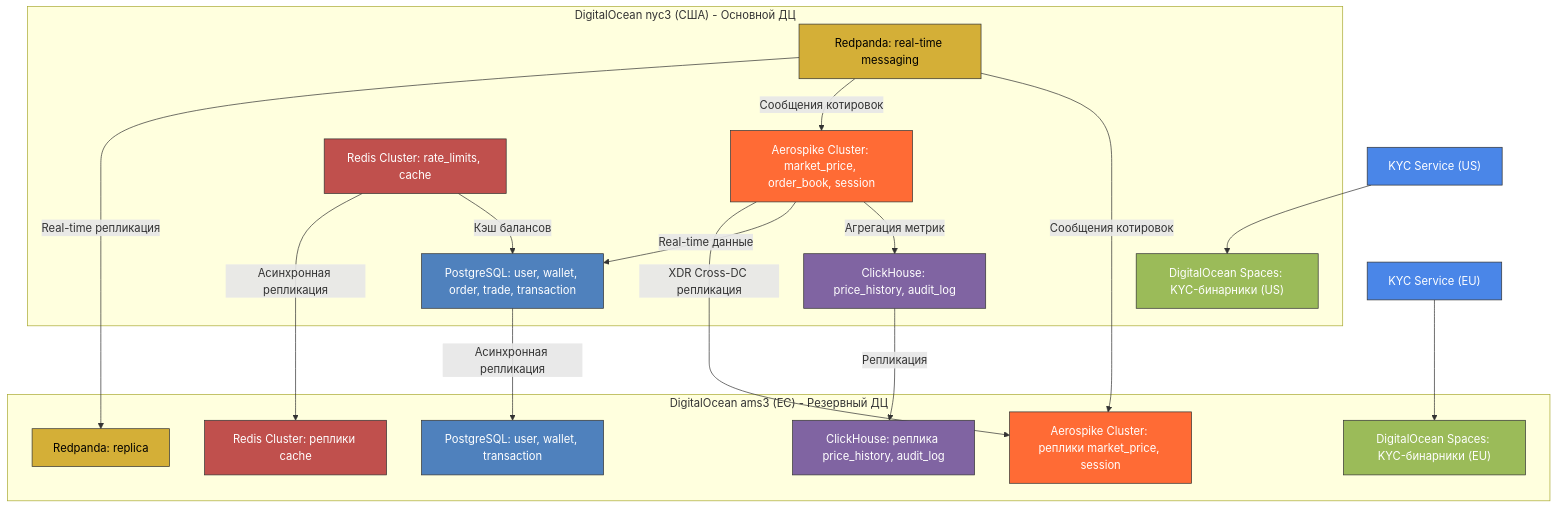
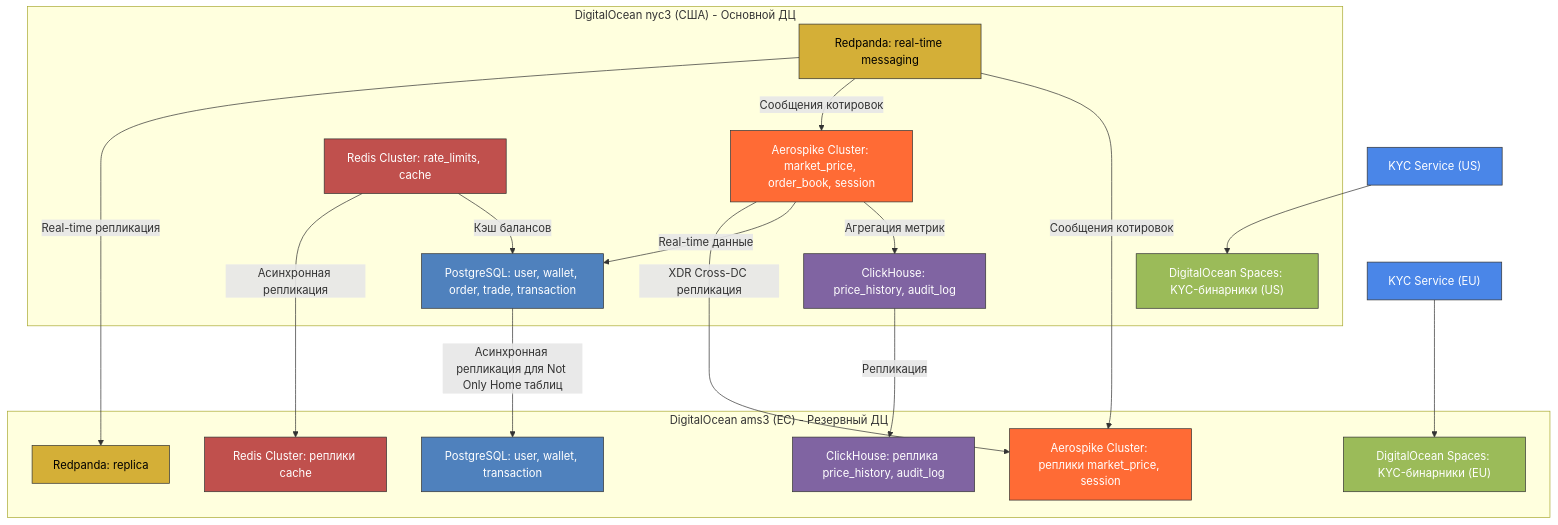
The diagram in README.md (IfroloffI/highload-vk-edu-3-term), drawn with Mermaid before and after one commit.

````diff
--- a/README.md
+++ b/README.md
@@ -398,55 +398,55 @@
 ```mermaid
 %% Физическая архитектура БД
 flowchart TD
     subgraph nyc3["DigitalOcean nyc3 (США) - Основной ДЦ"]
         A["PostgreSQL: user, wallet, order, trade, transaction"]
         B["ClickHouse: price_history, audit_log"]
         C["Aerospike Cluster: market_price, order_book, session"]
         D["DigitalOcean Spaces: KYC-бинарники (US)"]
         F["Redis Cluster: rate_limits, cache"]
         R["Redpanda: real-time messaging"]
     end
 
     subgraph ams3["DigitalOcean ams3 (ЕС) - Резервный ДЦ"]
         G["PostgreSQL: user, wallet, transaction"]
         H["ClickHouse: реплика price_history, audit_log"]
         I["Aerospike Cluster: реплики market_price, session"]
         J["DigitalOcean Spaces: KYC-бинарники (EU)"]
         L["Redis Cluster: реплики cache"]
         R2["Redpanda: replica"]
     end
 
     %% Репликация данных
-    A -->|Асинхронная репликация| G
+    A -->|Асинхронная репликация для Not Only Home таблиц| G
     B -->|Репликация| H
     C -->|XDR Cross-DC репликация| I
     F -->|Асинхронная репликация| L
     R -->|Real-time репликация| R2
     
     %% Внутренние связи
     C -->|Real-time данные| A
     C -->|Агрегация метрик| B
     F -->|Кэш балансов| A
     R -->|Сообщения котировок| C
     R -->|Сообщения котировок| I
 
     %% KYC-данные остаются в Home Region
     KYC_US["KYC Service (US)"] --> D
     KYC_EU["KYC Service (EU)"] --> J
 
     classDef pg fill:#4F81BD,stroke:#333,color:white;
     classDef ch fill:#8064A2,stroke:#333,color:white;
     classDef aerospike fill:#FF6B35,stroke:#333,color:white;
     classDef redis fill:#C0504D,stroke:#333,color:white;
     classDef spaces fill:#9BBB59,stroke:#333,color:white;
     classDef redpanda fill:#D4AF37,stroke:#333,color:black;
     classDef service fill:#4A86E8,stroke:#333,color:white;
 
     class A,G pg
     class B,H ch
     class C,I aerospike
     class F,L redis
     class D,J spaces
     class R,R2 redpanda
     class KYC_US,KYC_EU service
 ```
````
